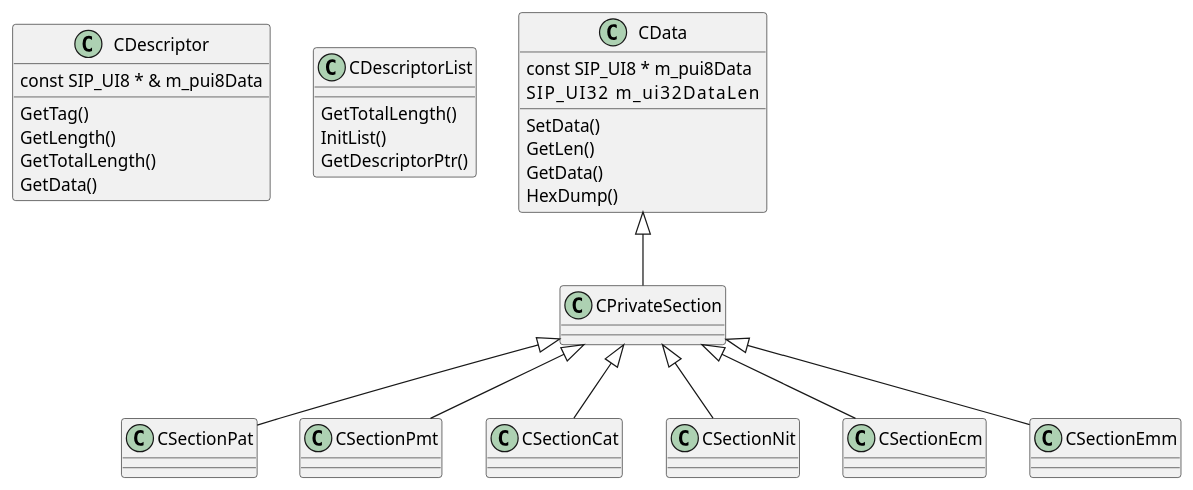
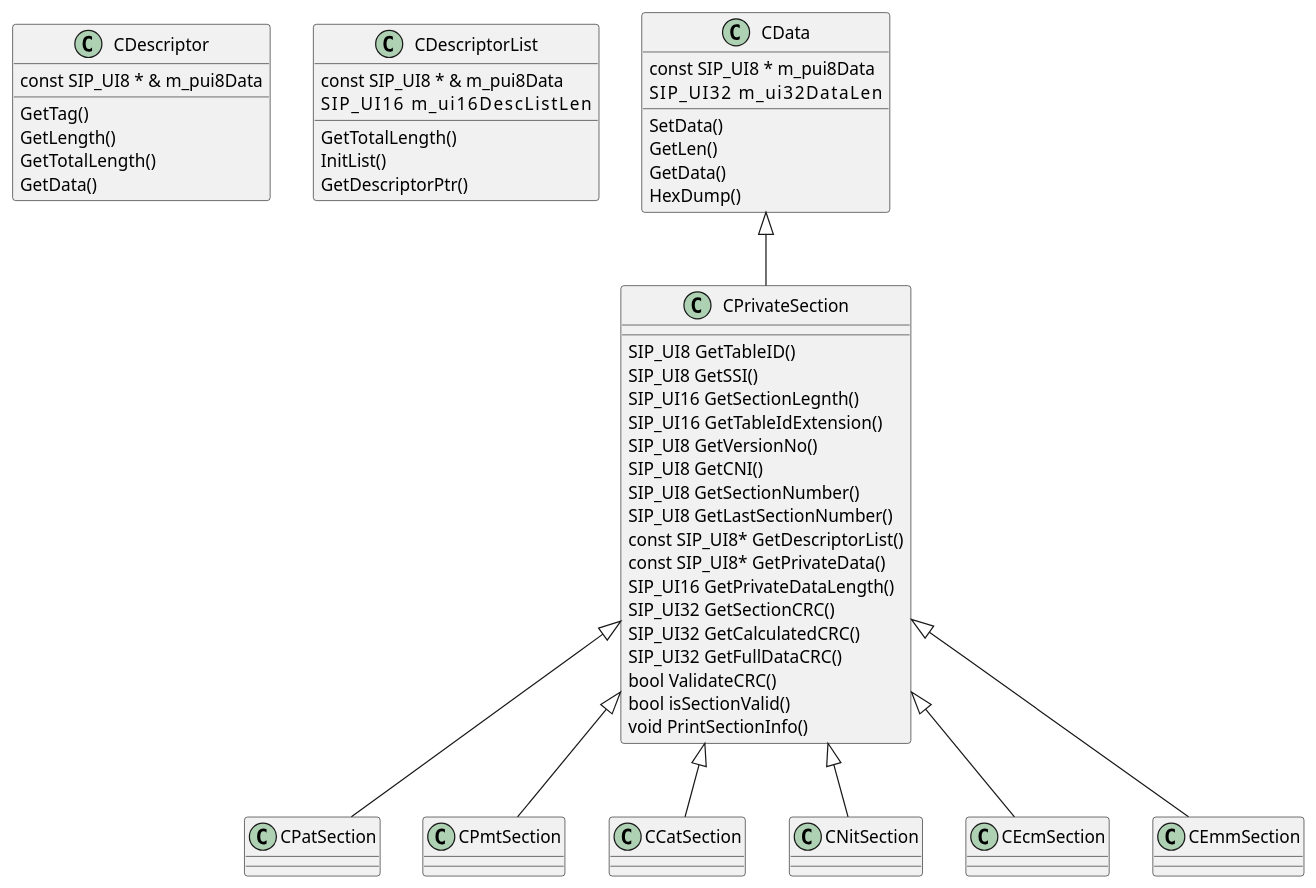
Before and after one commit to gymk/simple-si-parser: the diagram in class_diagram.plantuml, drawn with PlantUML. The commit also changed 2 other files, not shown here.

```diff
--- a/class_diagram.plantuml
+++ b/class_diagram.plantuml
@@ -1,41 +1,63 @@
 @startuml
 
 class CDescriptor {
     const SIP_UI8 * & m_pui8Data
     GetTag()
     GetLength()
     GetTotalLength()
     GetData()
 }
 
 class CDescriptorList {
+    const SIP_UI8 * & m_pui8Data
+    SIP_UI16          m_ui16DescListLen
     GetTotalLength()
     InitList()
     GetDescriptorPtr()
 }
 
 class CData {
     const SIP_UI8 * m_pui8Data
     SIP_UI32        m_ui32DataLen
     SetData()
     GetLen()
     GetData()
     HexDump()
 }
 
+class CPrivateSection {
+    SIP_UI8 GetTableID()
+    SIP_UI8 GetSSI()
+    SIP_UI16 GetSectionLegnth()
+    SIP_UI16 GetTableIdExtension()
+    SIP_UI8 GetVersionNo()
+    SIP_UI8 GetCNI()
+    SIP_UI8 GetSectionNumber()
+    SIP_UI8 GetLastSectionNumber()
+    const SIP_UI8* GetDescriptorList()
+    const SIP_UI8* GetPrivateData()
+    SIP_UI16 GetPrivateDataLength()
+    SIP_UI32 GetSectionCRC()
+    SIP_UI32 GetCalculatedCRC()
+    SIP_UI32 GetFullDataCRC()
+    bool ValidateCRC()
+    bool isSectionValid()
+    void PrintSectionInfo()
+}
+
 CData <|-- CPrivateSection
 
 
-CPrivateSection <|-- CSectionPat
+CPrivateSection <|-- CPatSection
 
-CPrivateSection <|-- CSectionPmt
+CPrivateSection <|-- CPmtSection
 
-CPrivateSection <|-- CSectionCat
+CPrivateSection <|-- CCatSection
 
-CPrivateSection <|-- CSectionNit
+CPrivateSection <|-- CNitSection
 
-CPrivateSection <|-- CSectionEcm
+CPrivateSection <|-- CEcmSection
 
-CPrivateSection <|-- CSectionEmm
+CPrivateSection <|-- CEmmSection
 
 @enduml
```
